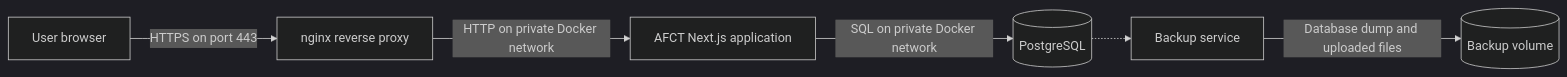
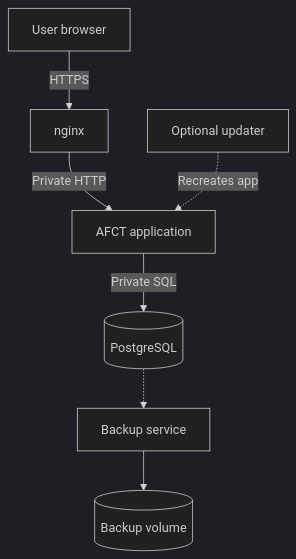
Before and after one commit to PennStateCS/AFCT: the diagram in docs-site/docs/reference/deployment-architecture.md, drawn with Mermaid (dark theme). The commit also changed other lines of this file and 33 other files, not shown here.

````diff
--- a/docs-site/docs/reference/deployment-architecture.md
+++ b/docs-site/docs/reference/deployment-architecture.md
@@ -5,9 +5,9 @@
 ```mermaid
-graph LR
-    User[User browser]
-    User -->|HTTPS on port 443| Nginx[nginx reverse proxy]
-    Nginx -->|HTTP on private Docker network| App[AFCT Next.js application]
-    App -->|SQL on private Docker network| DB[(PostgreSQL)]
+graph TD
+    User[User browser] -->|HTTPS| Nginx[nginx]
+    Nginx -->|Private HTTP| App[AFCT application]
+    App -->|Private SQL| DB[(PostgreSQL)]
     DB -.-> Backup[Backup service]
-    Backup -->|Database dump and uploaded files| Vol[(Backup volume)]
+    Backup --> Archives[(Backup volume)]
+    Updater[Optional updater] -.->|Recreates app| App
 ```
````
